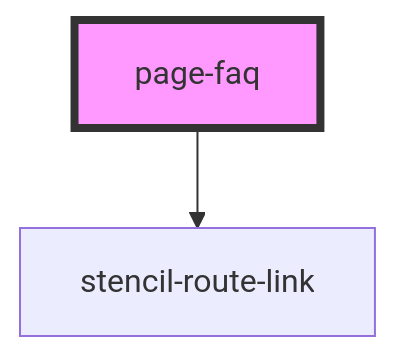
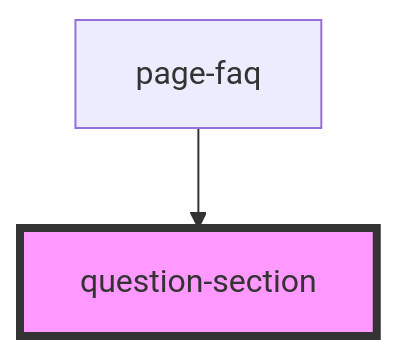
One commit to pizza-to-the-polls/power-the-polls changed the diagram in site/src/components/page-faq/readme.md. Above: the diagram before and after it, drawn with Mermaid. The commit also changed other lines of this file and 7 other files, not shown here.

````diff
--- a/site/src/components/page-faq/readme.md
+++ b/site/src/components/page-faq/readme.md
@@ -24,5 +24,5 @@
 ```mermaid
 graph TD;
-  page-faq --> stencil-route-link
-  style page-faq fill:#f9f,stroke:#333,stroke-width:4px
+  page-faq --> question-section
+  style question-section fill:#f9f,stroke:#333,stroke-width:4px
 ```
````
